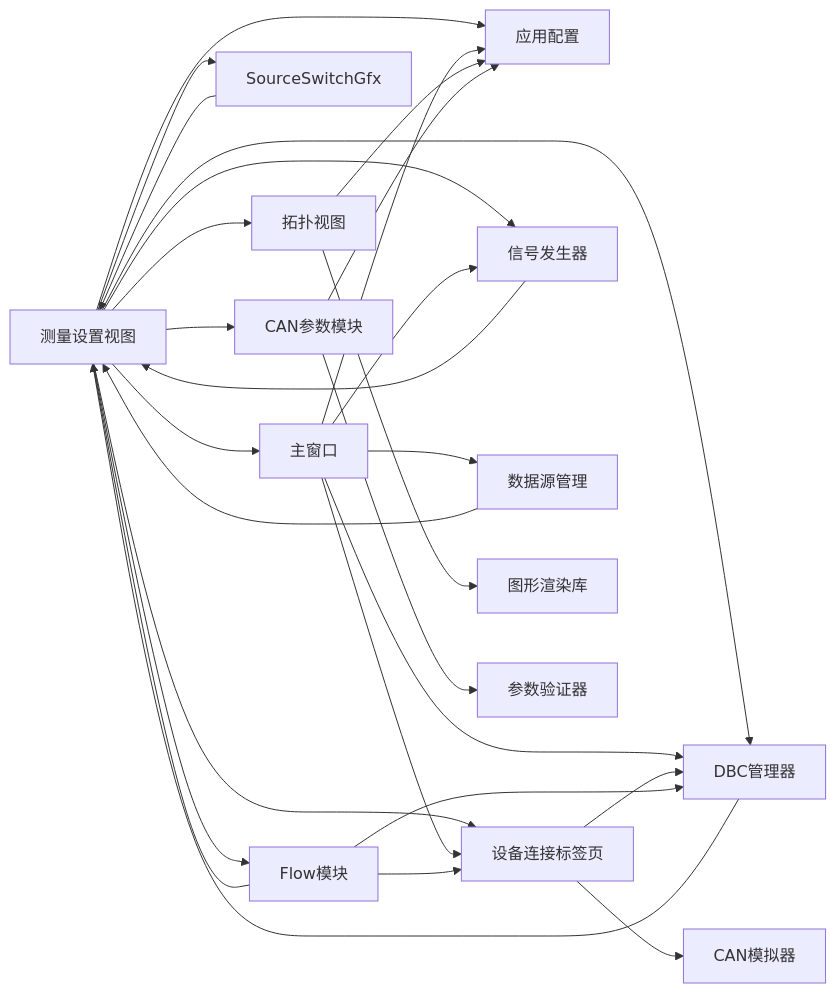
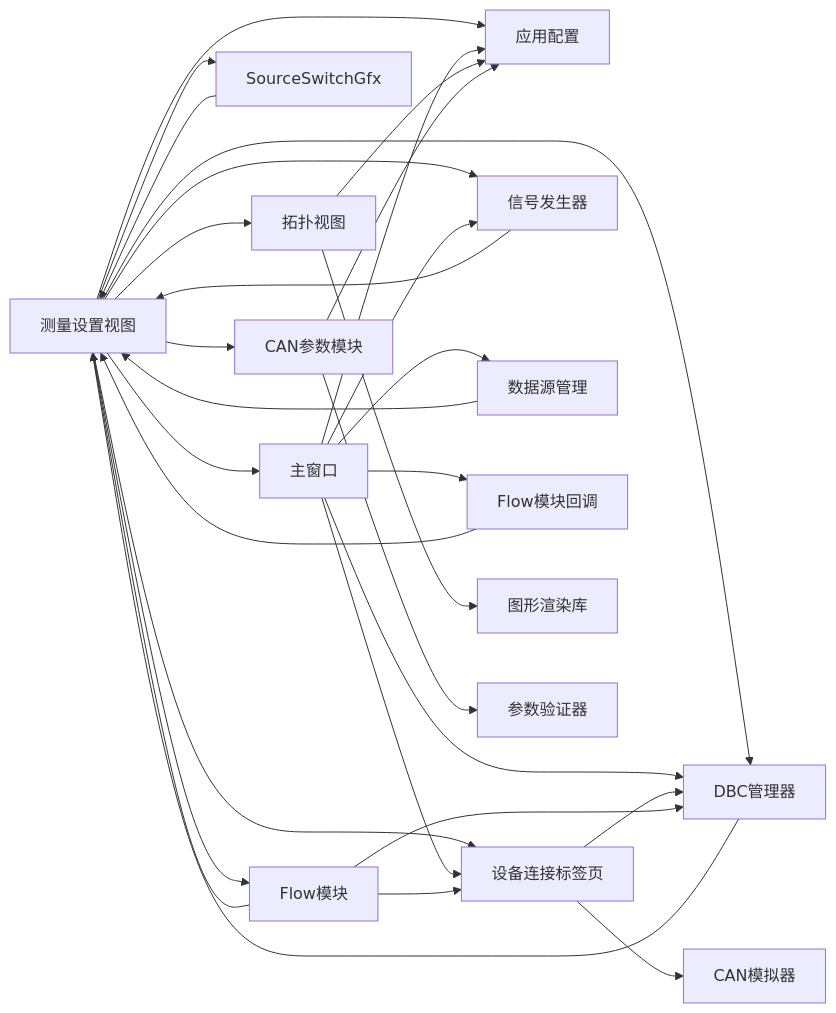
One commit to jakecai1225-design/OpenBus changed the tenth of 10 diagrams in .qoder/repowiki/zh/content/架构设计/UI系统设计/测量设置视图组件.md. Above: the diagram before and after it, drawn with Mermaid. The commit also changed other lines of this file and 10 other files, not shown here.

````diff
--- a/.qoder/repowiki/zh/content/架构设计/UI系统设计/测量设置视图组件.md
+++ b/.qoder/repowiki/zh/content/架构设计/UI系统设计/测量设置视图组件.md
@@ -679,30 +701,32 @@
 ```mermaid
 graph LR
 MSV["测量设置视图"] --> MW["主窗口"]
 MSV --> AC["应用配置"]
 MSV --> SSG["SourceSwitchGfx"]
 MSV --> TV["拓扑视图"]
 MSV --> CAN["CAN参数模块"]
 MSV --> DCT["设备连接标签页"]
 MSV --> DM["DBC管理器"]
 MSV --> FM["Flow模块"]
 MSV --> SG["信号发生器"]
 MW --> AC
 MW --> DS["数据源管理"]
 MW --> DCT
 MW --> DM
 MW --> SG
+MW --> FMW["Flow模块回调"]
 TV --> AC
 TV --> GL["图形渲染库"]
 SSG --> MSV
 CAN --> AC
 CAN --> VLD["参数验证器"]
 DS --> MSV
 DCT --> DM
 DCT --> SIM["CAN模拟器"]
 DM --> MSV
 FM --> MSV
 FM --> DM
 FM --> DCT
 SG --> MSV
+FMW --> MSV
 ```
````
